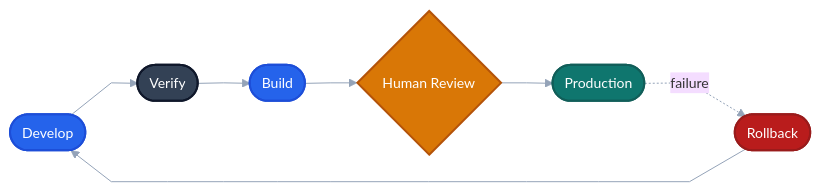
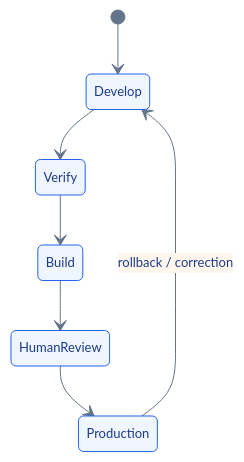
One commit to drferdi/Kediri-Kings-Century changed the fourth of 4 diagrams in README.md. Above: the diagram before and after it, drawn with Mermaid. The commit also changed other lines of this file, not shown here.

Commit message:
docs(readme): fix table overlap and rebalance visual system

```diff
--- a/README.md
+++ b/README.md
@@ -463,25 +445,10 @@
 ~~~mermaid
-%%{init: {'theme':'base','flowchart':{'curve':'linear','nodeSpacing':34,'rankSpacing':52},'themeVariables':{'fontFamily':'Inter, ui-sans-serif, system-ui','fontSize':'14px','lineColor':'#94A3B8'}}}%%
-flowchart LR
-  A(["Develop"])
-  B(["Verify"])
-  C(["Build"])
-  D{"Human Review"}
-  E(["Production"])
-  R(["Rollback"])
-
-  A --> B --> C --> D --> E
-  E -. failure .-> R --> A
-
-  classDef core fill:#2563EB,stroke:#1D4ED8,stroke-width:2px,color:#FFFFFF;
-  classDef verify fill:#334155,stroke:#0F172A,stroke-width:2px,color:#FFFFFF;
-  classDef human fill:#D97706,stroke:#B45309,stroke-width:2px,color:#FFFFFF;
-  classDef output fill:#0F766E,stroke:#115E59,stroke-width:2px,color:#FFFFFF;
-  classDef stop fill:#B91C1C,stroke:#991B1B,stroke-width:2px,color:#FFFFFF;
-
-  class A,C core;
-  class B verify;
-  class D human;
-  class E output;
-  class R stop;
+%%{init: {'theme':'base','state':{'useMaxWidth':true},'themeVariables':{'fontFamily':'Inter, ui-sans-serif, system-ui','fontSize':'13px','primaryColor':'#EFF6FF','primaryBorderColor':'#2563EB','primaryTextColor':'#1E3A8A','lineColor':'#64748B','secondaryColor':'#FFF7ED','tertiaryColor':'#F0FDFA'}}}%%
+stateDiagram-v2
+  [*] --> Develop
+  Develop --> Verify
+  Verify --> Build
+  Build --> HumanReview
+  HumanReview --> Production
+  Production --> Develop: rollback / correction
 ~~~
```
